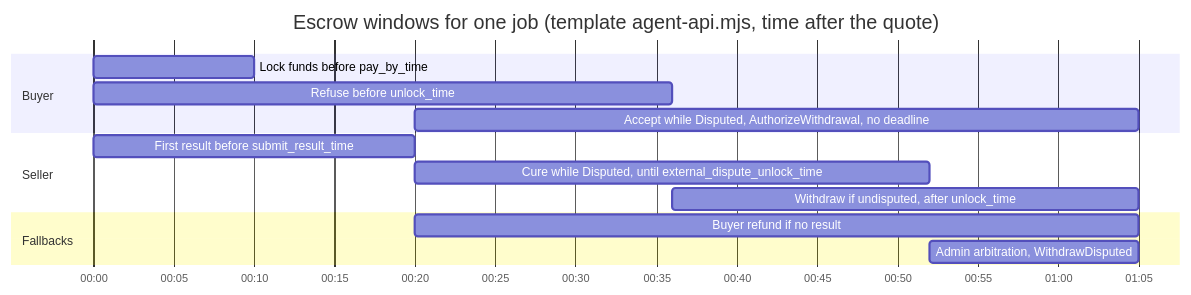
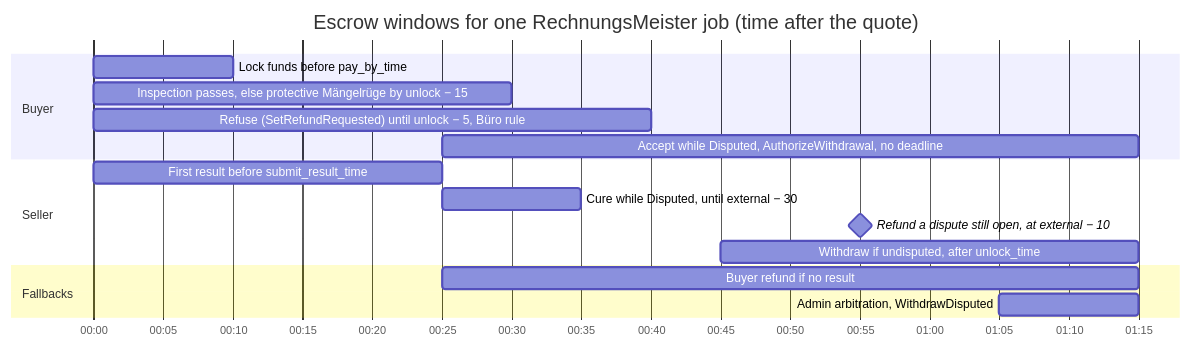
The fourth of 6 diagrams in README.md (omurbc/abnahme), drawn with Mermaid before and after one commit. The commit also changed other lines of this file and 1 other file, not shown here.

First line of the commit message:
Refresh the README after the audit

````diff
--- a/README.md
+++ b/README.md
@@ -319,17 +348,19 @@
 ```mermaid
 gantt
-    title Escrow windows for one job (template agent-api.mjs, time after the quote)
+    title Escrow windows for one RechnungsMeister job (time after the quote)
     dateFormat HH:mm
     axisFormat %H:%M
     section Buyer
-    Lock funds before pay_by_time            :b1, 00:00, 00:10
-    Refuse before unlock_time                :b2, 00:00, 00:36
-    Accept while Disputed, AuthorizeWithdrawal, no deadline :b3, 00:20, 01:05
+    Lock funds before pay_by_time                        :b1, 00:00, 00:10
+    Inspection passes, else protective Mängelrüge by unlock − 15 :b2, 00:00, 00:30
+    Refuse (SetRefundRequested) until unlock − 5, Büro rule :b3, 00:00, 00:40
+    Accept while Disputed, AuthorizeWithdrawal, no deadline :b4, 00:25, 01:15
     section Seller
-    First result before submit_result_time   :s1, 00:00, 00:20
-    Cure while Disputed, until external_dispute_unlock_time :s2, 00:20, 00:52
-    Withdraw if undisputed, after unlock_time :s3, 00:36, 01:05
+    First result before submit_result_time               :s1, 00:00, 00:25
+    Cure while Disputed, until external − 30             :s2, 00:25, 00:35
+    Refund a dispute still open, at external − 10        :milestone, s3, 00:55, 0m
+    Withdraw if undisputed, after unlock_time            :s4, 00:45, 01:15
     section Fallbacks
-    Buyer refund if no result                :f1, 00:20, 01:05
-    Admin arbitration, WithdrawDisputed      :f2, 00:52, 01:05
+    Buyer refund if no result                            :f1, 00:25, 01:15
+    Admin arbitration, WithdrawDisputed                  :f2, 01:05, 01:15
 ```
````
